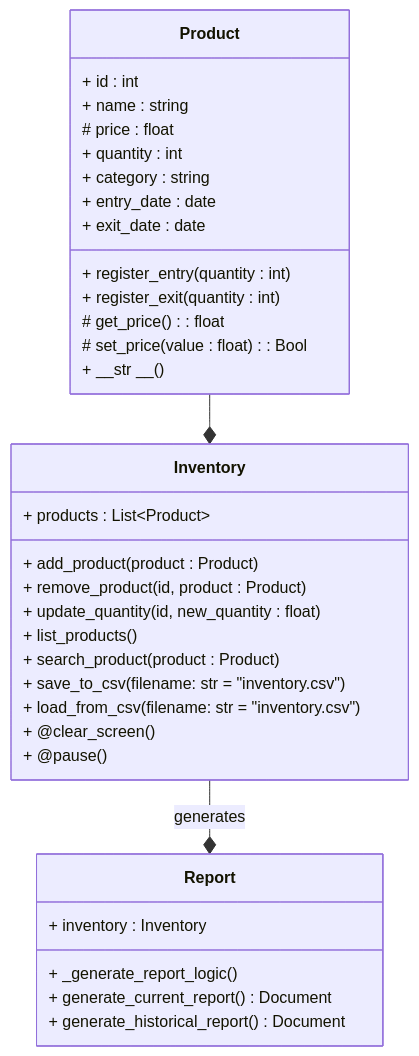
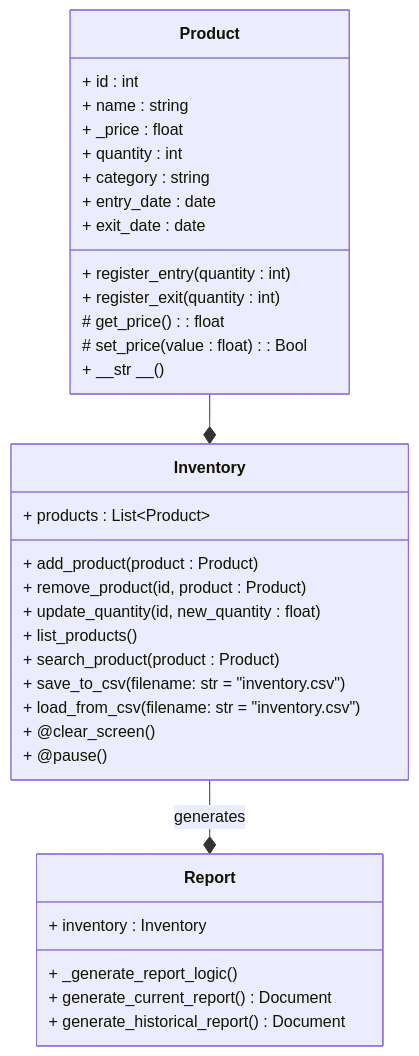
The diagram in README.md (nisaespa/project_progress), drawn with Mermaid before and after one commit.

````diff
--- a/README.md
+++ b/README.md
@@ -16,40 +16,40 @@
 ``` mermaid
 classDiagram
     class Product {
         + id : int
         + name : string
-        # price : float
+        + _price : float
         + quantity : int
         + category : string
         + entry_date : date
         + exit_date : date
         + register_entry(quantity : int)
         + register_exit(quantity : int)
         # get_price() : float
         # set_price(value : float) : Bool
         + __str __()
     }
 
     class Inventory {
         + products : List~Product~ 
         + add_product(product : Product)
         + remove_product(id, product : Product)
         + update_quantity(id, new_quantity : float)
         + list_products()
         + search_product(product : Product)
         + save_to_csv(filename: str = "inventory.csv")
         + load_from_csv(filename: str = "inventory.csv")
         + @clear_screen()
         + @pause()
     }
 
     class Report {
         + inventory : Inventory
         + _generate_report_logic()
         + generate_current_report() Document
         + generate_historical_report() Document
     }
 
     Product --* Inventory
     Inventory --* Report : generates
 ```
````
